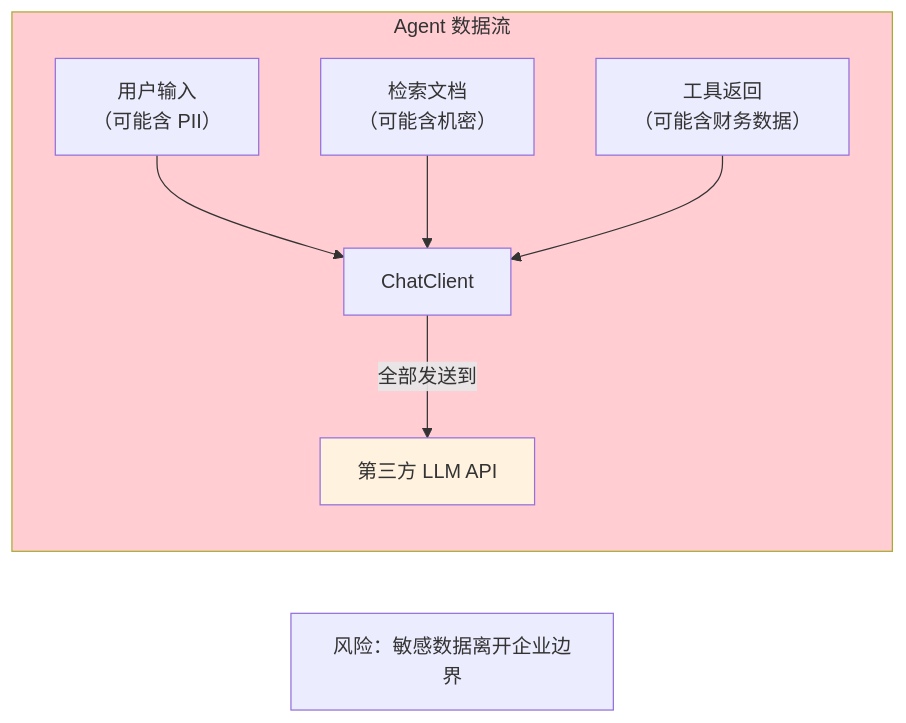
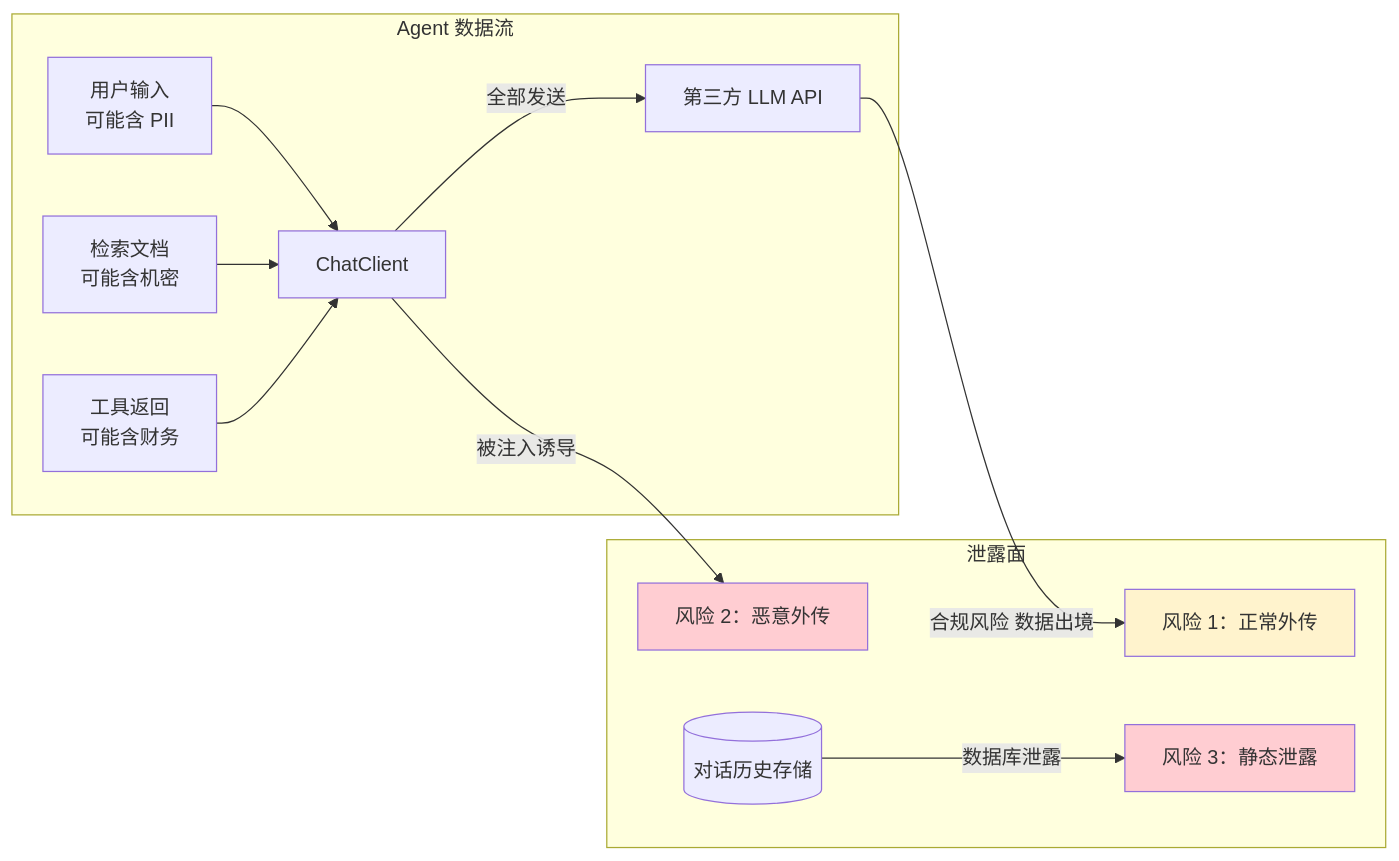
One commit to UranusGit/java-agent-learn changed the first of 4 diagrams in docs/附录/08-Agent安全深度/02-数据泄露防护.md. Above: the diagram before and after it, drawn with Mermaid. The commit also changed other lines of this file and 2 other files, not shown here.

````diff
--- a/docs/附录/08-Agent安全深度/02-数据泄露防护.md
+++ b/docs/附录/08-Agent安全深度/02-数据泄露防护.md
@@ -11,14 +15,17 @@
 ```mermaid
-graph LR
-    subgraph 数据流["Agent 数据流"]
-        U["用户输入<br/>（可能含 PII）"] --> C["ChatClient"]
-        D["检索文档<br/>（可能含机密）"] --> C
-        T["工具返回<br/>（可能含财务数据）"] --> C
-        C -->|"全部发送到"| LLM["第三方 LLM API"]
+flowchart LR
+    subgraph Agent 数据流
+        U[用户输入<br/>可能含 PII] --> C[ChatClient]
+        D[检索文档<br/>可能含机密] --> C
+        T[工具返回<br/>可能含财务] --> C
+        C -->|全部发送| LLM[第三方 LLM API]
     end
-
-    Note["风险：敏感数据离开企业边界"]
-
-    style 数据流 fill:#ffcdd2
-    style LLM fill:#fff3e0
+    subgraph 泄露面
+        LLM -->|合规风险 数据出境| R1[风险 1：正常外传]
+        C -->|被注入诱导| R2[风险 2：恶意外传]
+        HIST[(对话历史存储)] -->|数据库泄露| R3[风险 3：静态泄露]
+    end
+    style R1 fill:#fff3cd
+    style R2 fill:#ffcdd2
+    style R3 fill:#ffcdd2
 ```
````
